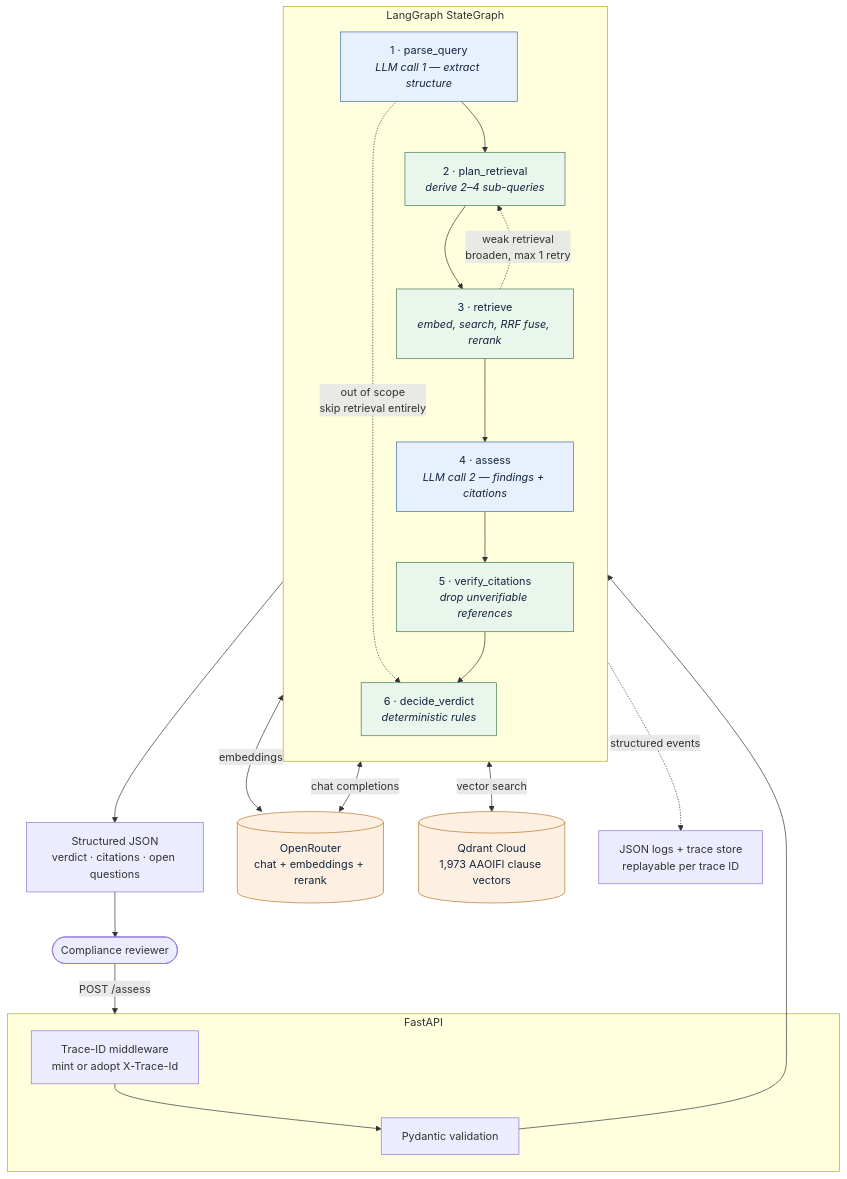
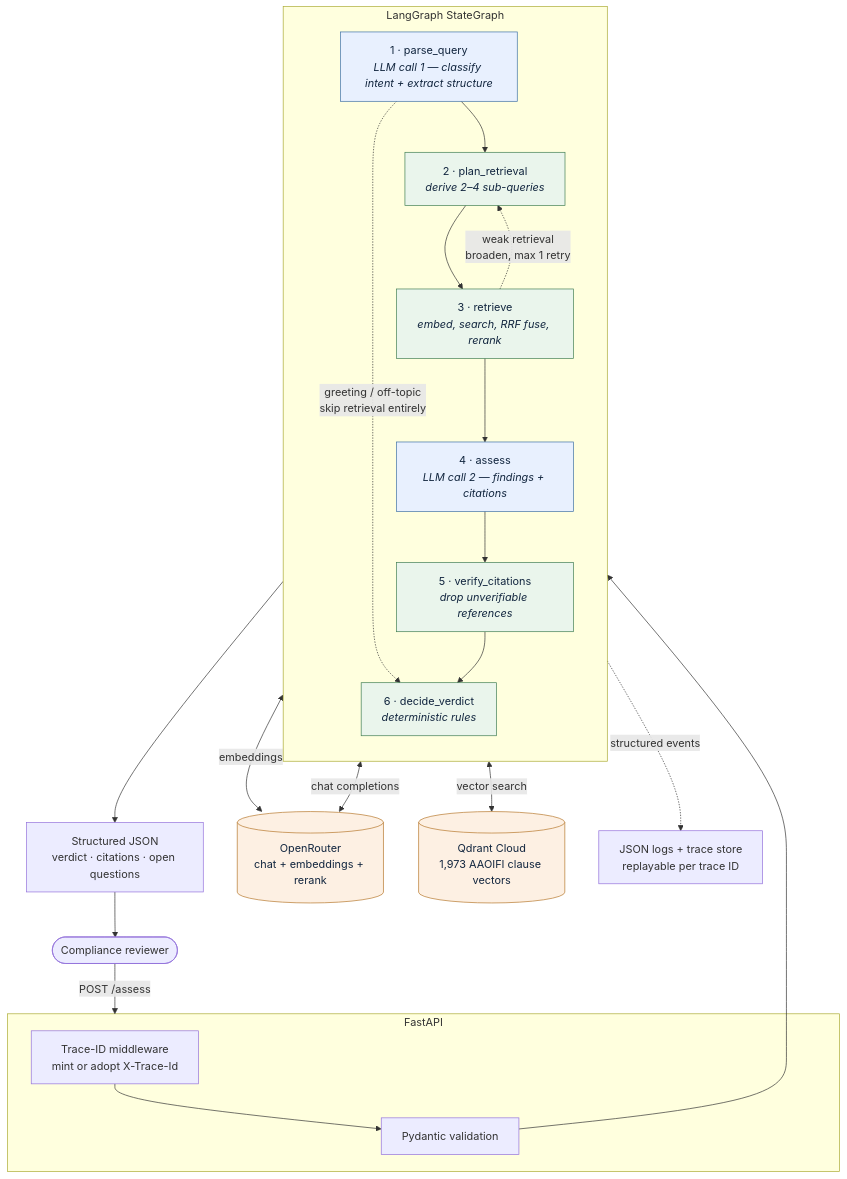
The diagram in README.md (AhmadKElsayed/Sharia-Compliance-Agent), drawn with Mermaid before and after one commit. The commit also changed other lines of this file and 5 other files, not shown here.

````diff
--- a/README.md
+++ b/README.md
@@ -83,46 +83,46 @@
 ```mermaid
 flowchart TB
     Client(["Compliance reviewer"]) -->|"POST /assess"| API
 
     subgraph API["FastAPI"]
         MW["Trace-ID middleware<br/>mint or adopt X-Trace-Id"]
         VAL["Pydantic validation"]
         MW --> VAL
     end
 
     VAL --> G
 
     subgraph G["LangGraph StateGraph"]
         direction TB
-        P["1 · parse_query<br/><i>LLM call 1 — extract structure</i>"]
+        P["1 · parse_query<br/><i>LLM call 1 — classify intent + extract structure</i>"]
         PL["2 · plan_retrieval<br/><i>derive 2–4 sub-queries</i>"]
         R["3 · retrieve<br/><i>embed, search, RRF fuse, rerank</i>"]
         A["4 · assess<br/><i>LLM call 2 — findings + citations</i>"]
         V["5 · verify_citations<br/><i>drop unverifiable references</i>"]
         D["6 · decide_verdict<br/><i>deterministic rules</i>"]
 
         P --> PL --> R
-        P -.->|"out of scope<br/>skip retrieval entirely"| D
+        P -.->|"greeting / off-topic<br/>skip retrieval entirely"| D
         R -.->|"weak retrieval<br/>broaden, max 1 retry"| PL
         R --> A --> V --> D
     end
 
     D --> RESP["Structured JSON<br/>verdict · citations · open questions"]
     RESP --> Client
 
     R <-->|"embeddings"| OR
     A <-->|"chat completions"| OR
     R <-->|"vector search"| QD
 
     OR[("OpenRouter<br/>chat + embeddings + rerank")]
     QD[("Qdrant Cloud<br/>1,973 AAOIFI clause vectors")]
 
     G -.->|"structured events"| LOG["JSON logs + trace store<br/>replayable per trace ID"]
 
     classDef llm fill:#e8f0fe,stroke:#3b6ea5,color:#12263f
     classDef code fill:#eaf5ec,stroke:#3f7d52,color:#12263f
     classDef ext fill:#fdf0e3,stroke:#b5762a,color:#12263f
     class P,A llm
     class PL,R,V,D code
     class OR,QD ext
 ```
````
